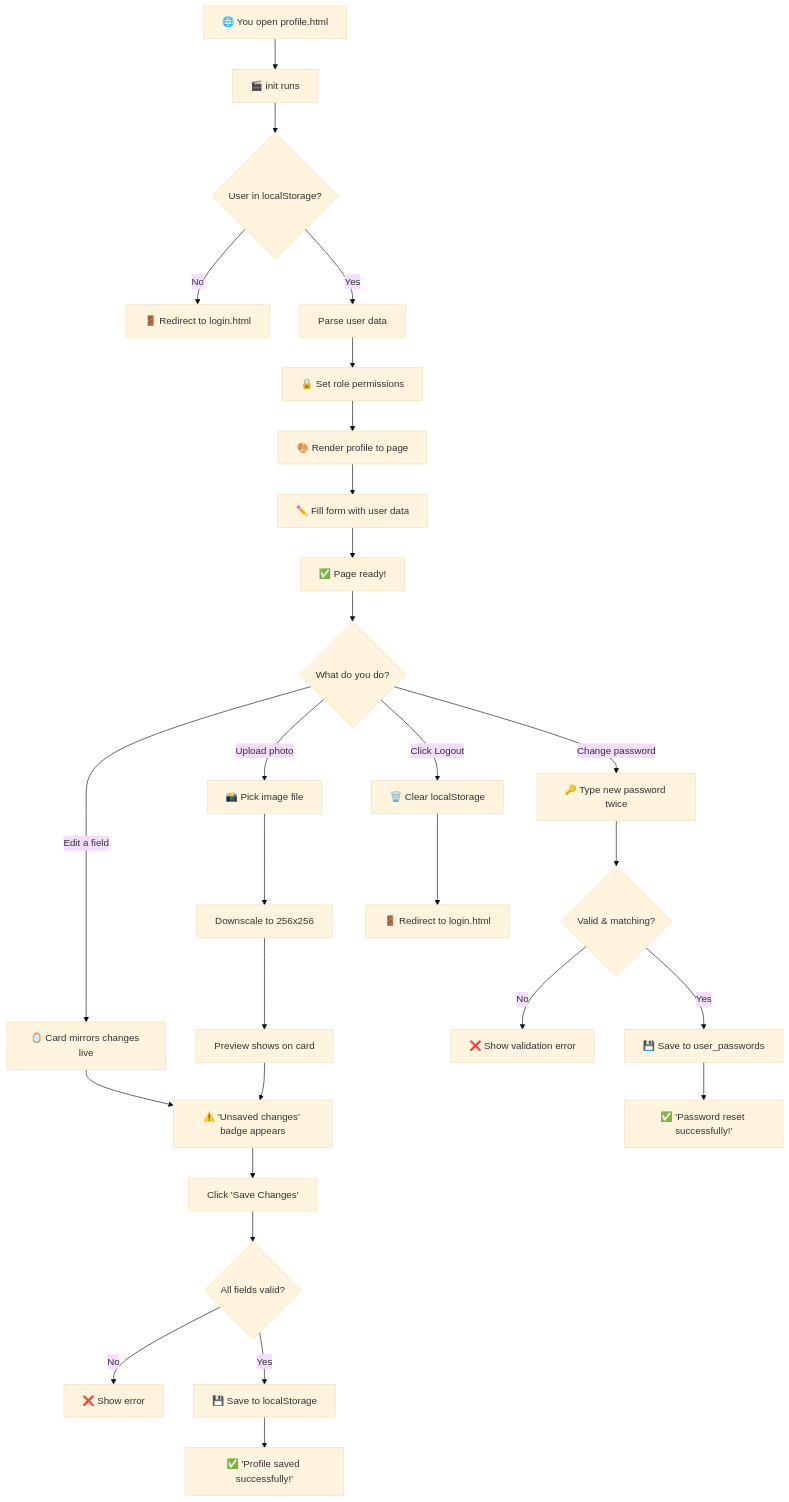
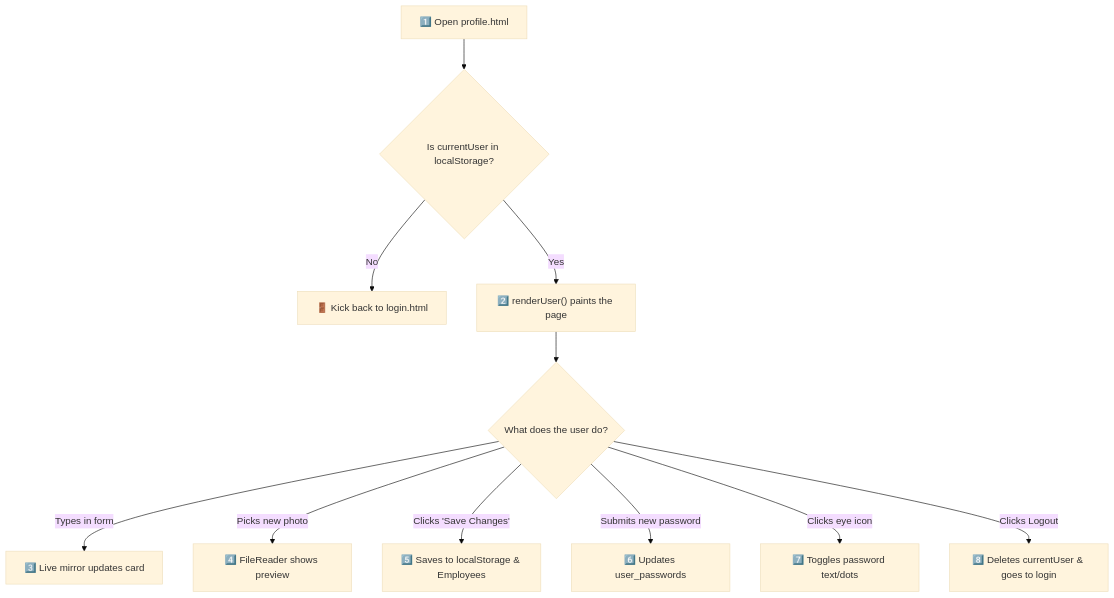
One commit to HR-MANAGEMENT-SYSTEM-GROUP/TASKMANAEMENTSYS changed the diagram in profile_logic_explained.md. Above: the diagram before and after it, drawn with Mermaid (base theme). The commit also changed other lines of this file and 1 other file, not shown here.

````diff
--- a/profile_logic_explained.md
+++ b/profile_logic_explained.md
@@ -584,35 +11,15 @@
 ```mermaid
 flowchart TD
-    A["🌐 You open profile.html"] --> B["🎬 init runs"]
-    B --> C{"User in localStorage?"}
-    C -->|No| D["🚪 Redirect to login.html"]
-    C -->|Yes| E["Parse user data"]
-    E --> F["🔒 Set role permissions"]
-    F --> G["🎨 Render profile to page"]
-    G --> H["✏️ Fill form with user data"]
-    H --> I["✅ Page ready!"]
+    A["1️⃣ Open profile.html"] --> B{"Is currentUser in localStorage?"}
+    B -->|No| C["🚪 Kick back to login.html"]
+    B -->|Yes| D["2️⃣ renderUser() paints the page"]
     
-    I --> J{"What do you do?"}
+    D --> E{"What does the user do?"}
     
-    J -->|"Edit a field"| K["🪞 Card mirrors changes live"]
-    K --> L["⚠️ 'Unsaved changes' badge appears"]
-    L --> M["Click 'Save Changes'"]
-    M --> N{"All fields valid?"}
-    N -->|No| O["❌ Show error"]
-    N -->|Yes| P["💾 Save to localStorage"]
-    P --> Q["✅ 'Profile saved successfully!'"]
-    
-    J -->|"Upload photo"| R["📸 Pick image file"]
-    R --> S["Downscale to 256x256"]
-    S --> T["Preview shows on card"]
-    T --> L
-    
-    J -->|"Change password"| U["🔑 Type new password twice"]
-    U --> V{"Valid & matching?"}
-    V -->|No| W["❌ Show validation error"]
-    V -->|Yes| X["💾 Save to user_passwords"]
-    X --> Y["✅ 'Password reset successfully!'"]
-    
-    J -->|"Click Logout"| Z["🗑️ Clear localStorage"]
-    Z --> AA["🚪 Redirect to login.html"]
+    E -->|"Types in form"| F["3️⃣ Live mirror updates card"]
+    E -->|"Picks new photo"| G["4️⃣ FileReader shows preview"]
+    E -->|"Clicks 'Save Changes'"| H["5️⃣ Saves to localStorage & Employees"]
+    E -->|"Submits new password"| I["6️⃣ Updates user_passwords"]
+    E -->|"Clicks eye icon"| J["7️⃣ Toggles password text/dots"]
+    E -->|"Clicks Logout"| K["8️⃣ Deletes currentUser & goes to login"]
 ```
````
